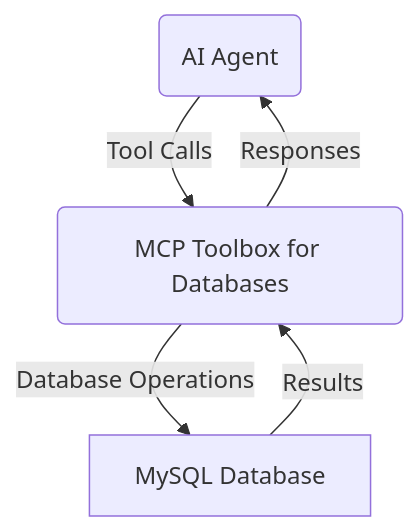
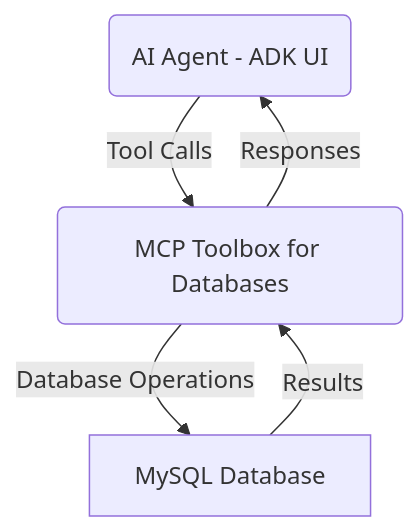
The diagram in README.md (sarankumar2002/ai-agent-with-mcp), drawn with Mermaid before and after one commit. The commit also changed other lines of this file, not shown here.

````diff
--- a/README.md
+++ b/README.md
@@ -7,8 +7,8 @@
 ```mermaid
 graph TD;
-    A(AI Agent) -->|Tool Calls| B(MCP Toolbox for Databases)
+    A(AI Agent - ADK UI) -->|Tool Calls| B(MCP Toolbox for Databases)
     B -->|Database Operations| C[MySQL Database]
     C -->|Results| B
     B -->|Responses| A
 
 ```
````
